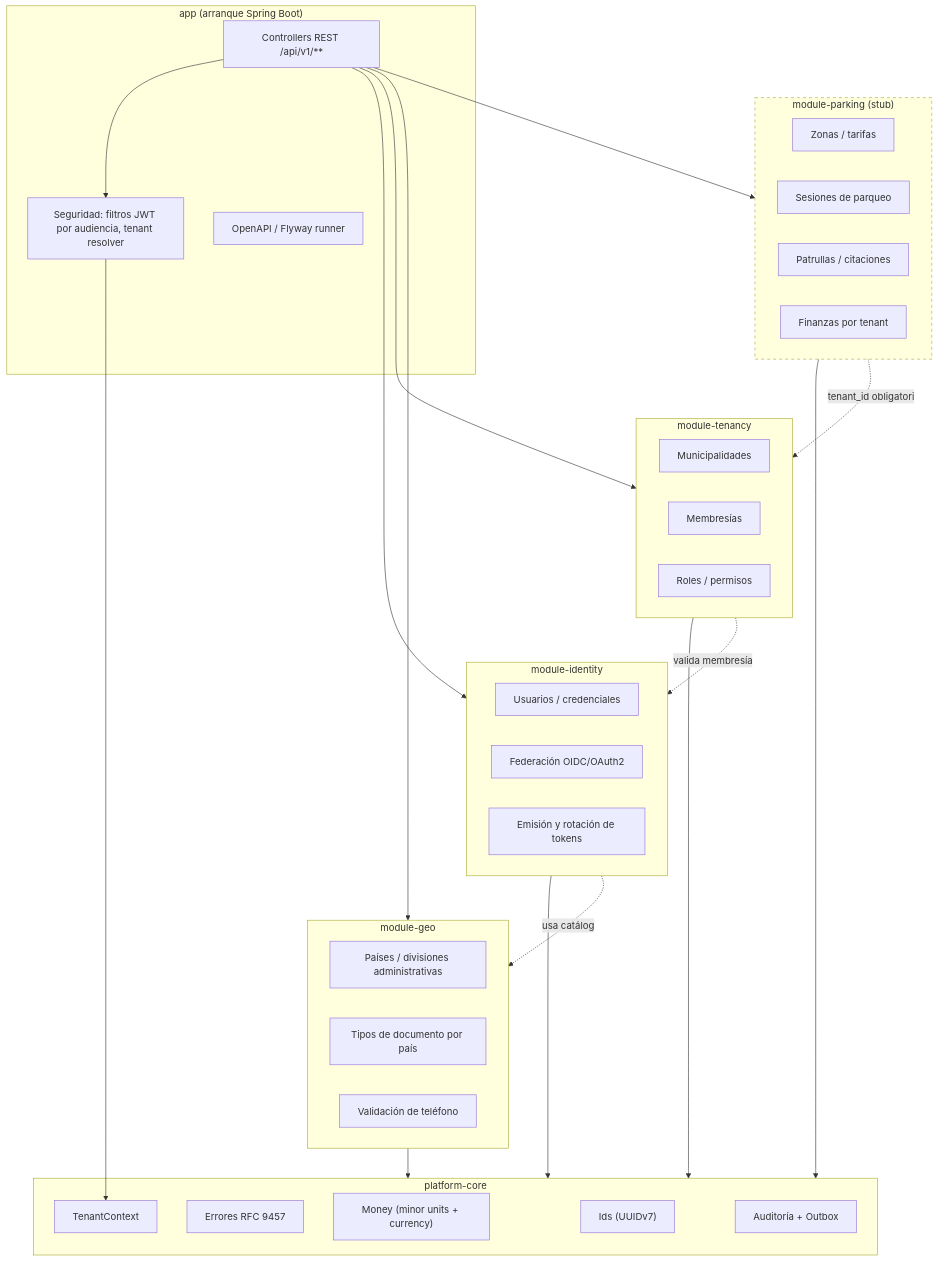
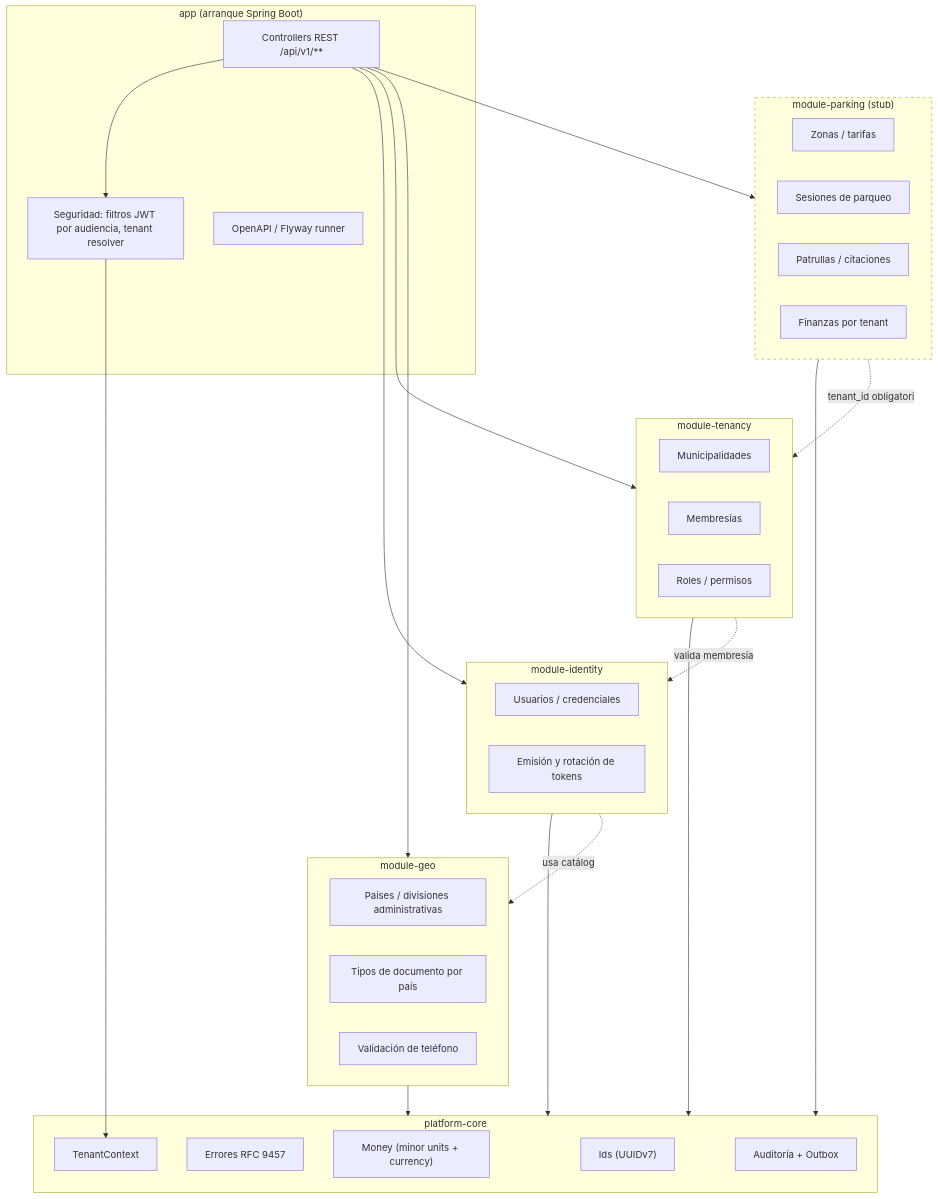
Before and after one commit to lisoft875/luparx-evolution: the second of 3 diagrams in docs/ARCHITECTURE.md, drawn with Mermaid. The commit also changed other lines of this file and 34 other files, not shown here.

````diff
--- a/docs/ARCHITECTURE.md
+++ b/docs/ARCHITECTURE.md
@@ -75,59 +69,58 @@
 ```mermaid
 graph TB
   subgraph app["app (arranque Spring Boot)"]
     controllers["Controllers REST /api/v1/**"]
     security["Seguridad: filtros JWT por audiencia, tenant resolver"]
     openapi["OpenAPI / Flyway runner"]
   end
 
   subgraph core["platform-core"]
     ids["Ids (UUIDv7)"]
     errors["Errores RFC 9457"]
     money["Money (minor units + currency)"]
     tenantctx["TenantContext"]
     audit["Auditoría + Outbox"]
   end
 
   subgraph geo["module-geo"]
     countries["Países / divisiones administrativas"]
     doctypes["Tipos de documento por país"]
     phones["Validación de teléfono"]
   end
 
   subgraph identity["module-identity"]
     users["Usuarios / credenciales"]
-    federation["Federación OIDC/OAuth2"]
     tokens["Emisión y rotación de tokens"]
   end
 
   subgraph tenancy["module-tenancy"]
     tenants["Municipalidades"]
     memberships["Membresías"]
     roles["Roles / permisos"]
   end
 
   subgraph parking["module-parking (stub)"]
     zones["Zonas / tarifas"]
     sessions["Sesiones de parqueo"]
     citations["Patrullas / citaciones"]
     finance["Finanzas por tenant"]
   end
 
   controllers --> security --> tenantctx
   controllers --> identity
   controllers --> tenancy
   controllers --> geo
   controllers --> parking
 
   identity --> core
   tenancy --> core
   geo --> core
   parking --> core
 
   identity -.usa catálogo.-> geo
   tenancy -.valida membresía.-> identity
   parking -.tenant_id obligatorio.-> tenancy
 
   classDef stub stroke-dasharray: 5 5
   class parking stub
 ```
````
